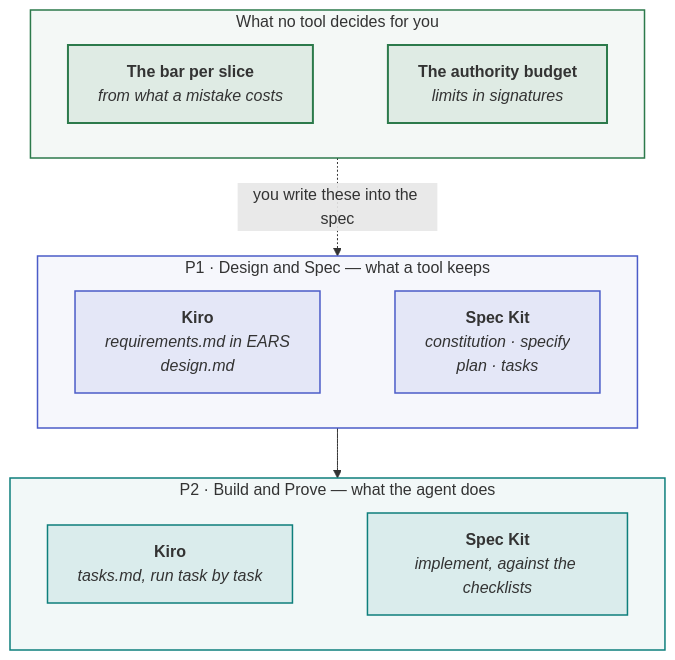
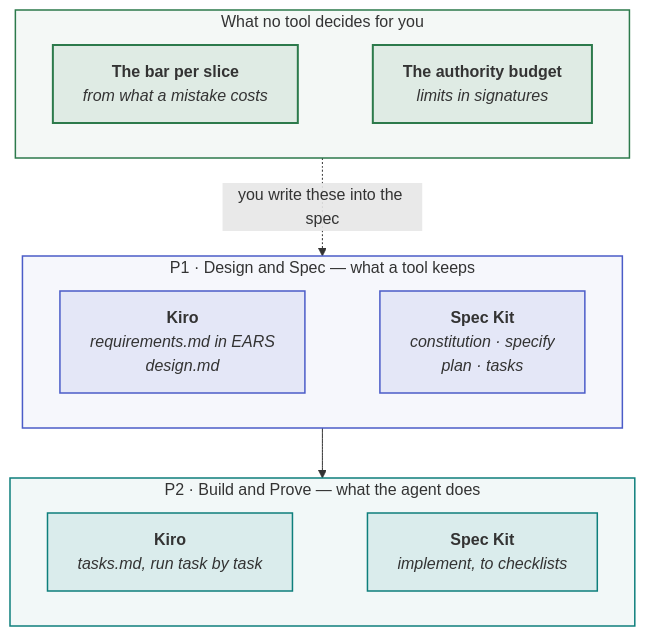
One commit to akash-coded/aws-bedrock-agentcore-strands changed the diagram in site/content/learn/lessons/what-is-spec-driven-development.md. Above: the diagram before and after it, drawn with Mermaid. The commit also changed 82 other files, not shown here.

````diff
--- a/site/content/learn/lessons/what-is-spec-driven-development.md
+++ b/site/content/learn/lessons/what-is-spec-driven-development.md
@@ -19,27 +19,27 @@
 ```mermaid
 flowchart TB
   subgraph Y["What no tool decides for you"]
     direction LR
     Y1["<b>The bar per slice</b><br/><i>from what a mistake costs</i>"] ~~~ Y2["<b>The authority budget</b><br/><i>limits in signatures</i>"]
   end
   subgraph S["P1 · Design and Spec — what a tool keeps"]
     direction LR
     K1["<b>Kiro</b><br/><i>requirements.md in EARS<br/>design.md</i>"] ~~~ G1["<b>Spec Kit</b><br/><i>constitution · specify<br/>plan · tasks</i>"]
   end
   subgraph B["P2 · Build and Prove — what the agent does"]
     direction LR
-    K2["<b>Kiro</b><br/><i>tasks.md, run task by task</i>"] ~~~ G2["<b>Spec Kit</b><br/><i>implement, against the checklists</i>"]
+    K2["<b>Kiro</b><br/><i>tasks.md, run task by task</i>"] ~~~ G2["<b>Spec Kit</b><br/><i>implement, to checklists</i>"]
   end
   Y -.->|"you write these into the spec"| S
   S --> B
 
   classDef p1 fill:#4B5CC81A,stroke:#4B5CC8,stroke-width:1.5px
   classDef p2 fill:#0E7F7C1A,stroke:#0E7F7C,stroke-width:1.5px
   classDef you fill:#2C7A4B1A,stroke:#2C7A4B,stroke-width:2px
   class K1,G1 p1
   class K2,G2 p2
   class Y1,Y2 you
   style S fill:#4B5CC80D,stroke:#4B5CC8,stroke-width:1.5px
   style B fill:#0E7F7C0D,stroke:#0E7F7C,stroke-width:1.5px
   style Y fill:#2C7A4B0D,stroke:#2C7A4B,stroke-width:1.5px
 ```
````
